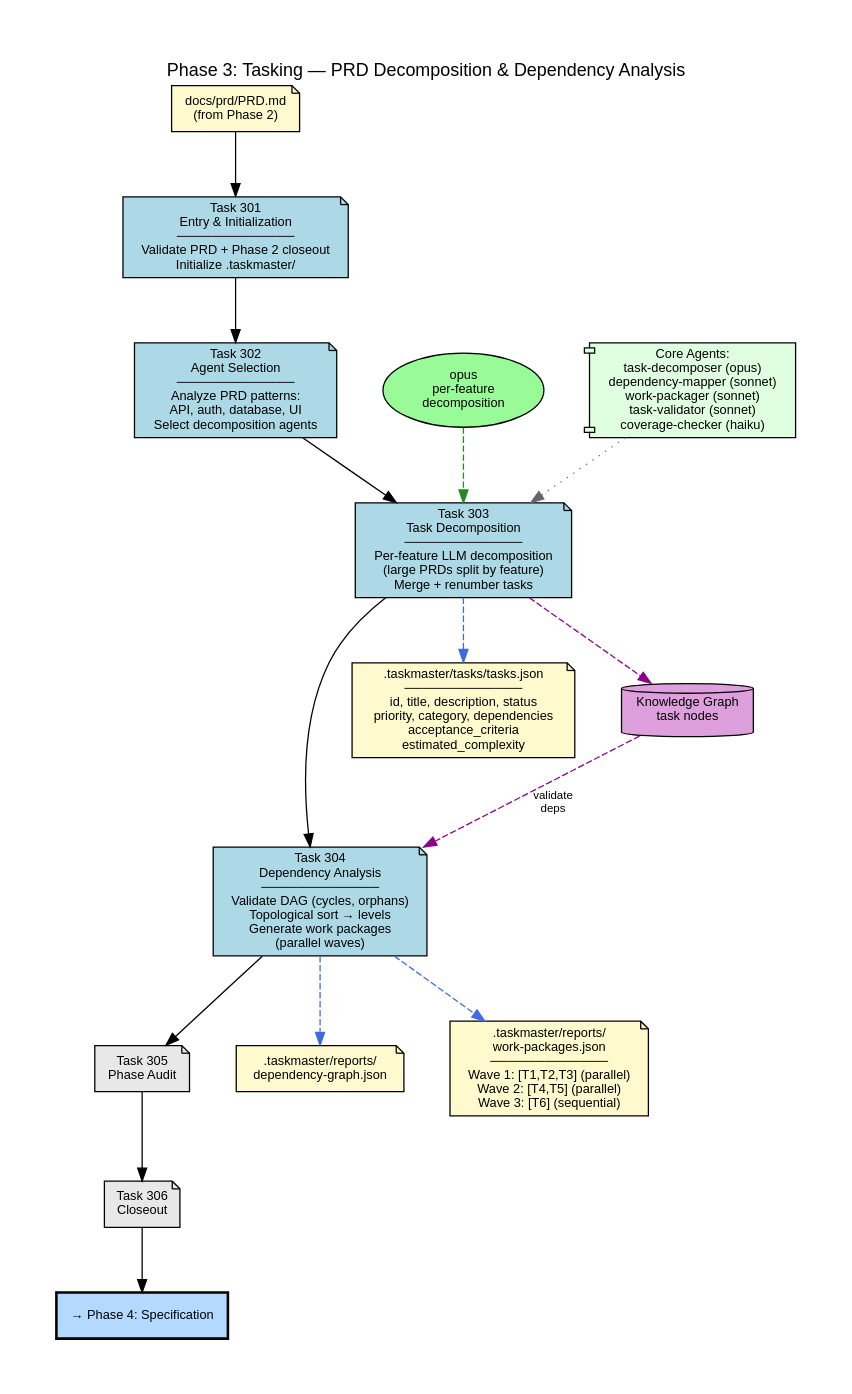
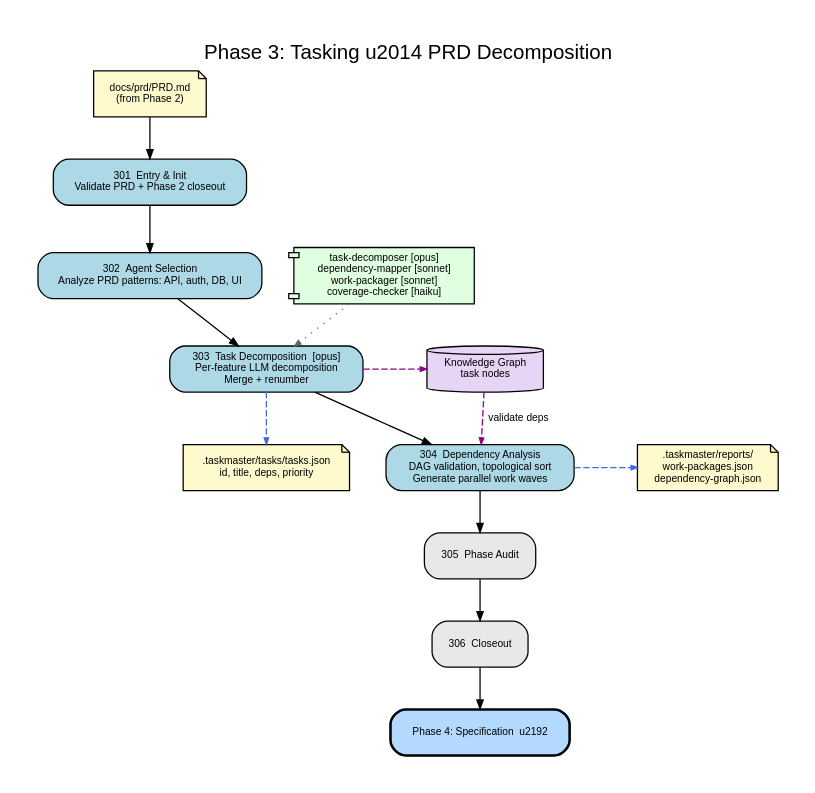
One commit to turbobeest/atomic-claude changed the diagram in dev/docs/diagrams/04-phase-03-tasking.dot. Above: the diagram before and after it, drawn with Graphviz. The commit also changed 21 other files, not shown here.

First line of the commit message:
Clean up all 12 architecture diagrams for readability

```diff
--- a/dev/docs/diagrams/04-phase-03-tasking.dot
+++ b/dev/docs/diagrams/04-phase-03-tasking.dot
@@ -1,63 +1,57 @@
 // Phase 3: Tasking — Task Flow
-// PRD decomposition into atomic tasks with dependency analysis
 // Generated: 2026-03-01 from codebase analysis
 
 digraph phase_03_tasking {
     rankdir=TB
     fontname="Helvetica"
-    fontsize=14
-    label="Phase 3: Tasking — PRD Decomposition & Dependency Analysis"
+    fontsize=16
+    label="Phase 3: Tasking \u2014 PRD Decomposition"
     labelloc=t
-    pad=0.5
-    nodesep=0.5
-    ranksep=0.7
+    labeljust=c
+    pad=0.3
+    nodesep=0.35
+    ranksep=0.45
+    splines=true
+    bgcolor=white
 
-    node [fontname="Helvetica", fontsize=10, style=filled, shape=box]
-    edge [fontname="Helvetica", fontsize=9]
+    node [fontname="Helvetica", fontsize=10, style="filled,rounded", shape=box, margin="0.12,0.06"]
+    edge [fontname="Helvetica", fontsize=8, arrowsize=0.7]
 
-    // Input
-    node [shape=note, fillcolor="#FFFACD"]
+    // ── Input ──
+    node [shape=note, fillcolor="#FFFACD", fontsize=8]
     prd [label="docs/prd/PRD.md\n(from Phase 2)"]
 
-    // Tasks
-    t301 [label="Task 301\nEntry & Initialization\n─────────────\nValidate PRD + Phase 2 closeout\nInitialize .taskmaster/", fillcolor="#ADD8E6"]
-    t302 [label="Task 302\nAgent Selection\n─────────────\nAnalyze PRD patterns:\nAPI, auth, database, UI\nSelect decomposition agents", fillcolor="#ADD8E6"]
-    t303 [label="Task 303\nTask Decomposition\n─────────────\nPer-feature LLM decomposition\n(large PRDs split by feature)\nMerge + renumber tasks", fillcolor="#ADD8E6"]
-    t304 [label="Task 304\nDependency Analysis\n─────────────\nValidate DAG (cycles, orphans)\nTopological sort → levels\nGenerate work packages\n(parallel waves)", fillcolor="#ADD8E6"]
-    t305 [label="Task 305\nPhase Audit", fillcolor="#E8E8E8"]
-    t306 [label="Task 306\nCloseout", fillcolor="#E8E8E8"]
+    // ── Task spine ──
+    node [shape=box]
+    t301 [label="301  Entry & Init\nValidate PRD + Phase 2 closeout", fillcolor="#ADD8E6"]
+    t302 [label="302  Agent Selection\nAnalyze PRD patterns: API, auth, DB, UI", fillcolor="#ADD8E6"]
+    t303 [label="303  Task Decomposition  [opus]\nPer-feature LLM decomposition\nMerge + renumber", fillcolor="#ADD8E6"]
+    t304 [label="304  Dependency Analysis\nDAG validation, topological sort\nGenerate parallel work waves", fillcolor="#ADD8E6"]
+    t305 [label="305  Phase Audit", fillcolor="#E8E8E8"]
+    t306 [label="306  Closeout", fillcolor="#E8E8E8"]
+    next [label="Phase 4: Specification  \u2192", fillcolor="#B3D9FF", style="filled,rounded,bold"]
 
-    prd -> t301
-    t301 -> t302 -> t303 -> t304 -> t305 -> t306
+    prd -> t301 -> t302 -> t303 -> t304 -> t305 -> t306 -> next
 
-    // LLM
-    node [shape=oval, fillcolor="#98FB98"]
-    llm_opus [label="opus\nper-feature\ndecomposition"]
-    llm_opus -> t303 [style=dashed, color="#228B22"]
+    // ── Knowledge Graph ──
+    node [shape=cylinder, fillcolor="#E8D5F5", fontsize=8]
+    kg [label="Knowledge Graph\ntask nodes"]
+    t303 -> kg [style=dashed, color="#8B008B", arrowsize=0.5]
+    kg -> t304 [style=dashed, color="#8B008B", arrowsize=0.5, label="validate deps"]
+    {rank=same; t303; kg}
 
-    // Outputs
-    node [shape=note, fillcolor="#FFFACD"]
-    o_tasks [label=".taskmaster/tasks/tasks.json\n─────────────\nid, title, description, status\npriority, category, dependencies\nacceptance_criteria\nestimated_complexity"]
-    o_deps [label=".taskmaster/reports/\ndependency-graph.json"]
-    o_waves [label=".taskmaster/reports/\nwork-packages.json\n─────────────\nWave 1: [T1,T2,T3] (parallel)\nWave 2: [T4,T5] (parallel)\nWave 3: [T6] (sequential)"]
+    // ── Agents ──
+    node [shape=component, fillcolor="#E0FFE0", fontsize=8]
+    agents [label="task-decomposer [opus]\ndependency-mapper [sonnet]\nwork-packager [sonnet]\ncoverage-checker [haiku]"]
+    agents -> t303 [style=dotted, color="#666666", arrowsize=0.5]
+    {rank=same; t302; agents}
 
-    t303 -> o_tasks [style=dashed, color="#4169E1"]
-    t304 -> o_deps [style=dashed, color="#4169E1"]
-    t304 -> o_waves [style=dashed, color="#4169E1"]
+    // ── Outputs ──
+    node [shape=note, fillcolor="#FFFACD", fontsize=8, margin="0.08,0.04"]
+    o_tasks [label=".taskmaster/tasks/tasks.json\nid, title, deps, priority"]
+    o_waves [label=".taskmaster/reports/\nwork-packages.json\ndependency-graph.json"]
 
-    // Knowledge graph
-    node [shape=cylinder, fillcolor="#DDA0DD"]
-    kg [label="Knowledge Graph\ntask nodes"]
-    t303 -> kg [style=dashed, color="#8B008B"]
-    kg -> t304 [style=dashed, color="#8B008B", label="validate\ndeps"]
-
-    // Core agents
-    node [shape=component, fillcolor="#E0FFE0"]
-    agents [label="Core Agents:\ntask-decomposer (opus)\ndependency-mapper (sonnet)\nwork-packager (sonnet)\ntask-validator (sonnet)\ncoverage-checker (haiku)"]
-    agents -> t303 [style=dotted, color="#666666"]
-
-    // Next phase
-    node [shape=box, fillcolor="#B3D9FF", style="filled,bold"]
-    next [label="→ Phase 4: Specification"]
-    t306 -> next
+    t303 -> o_tasks [style=dashed, color="#4169E1", arrowsize=0.5]
+    t304 -> o_waves [style=dashed, color="#4169E1", arrowsize=0.5]
+    {rank=same; t304; o_waves}
 }
```
